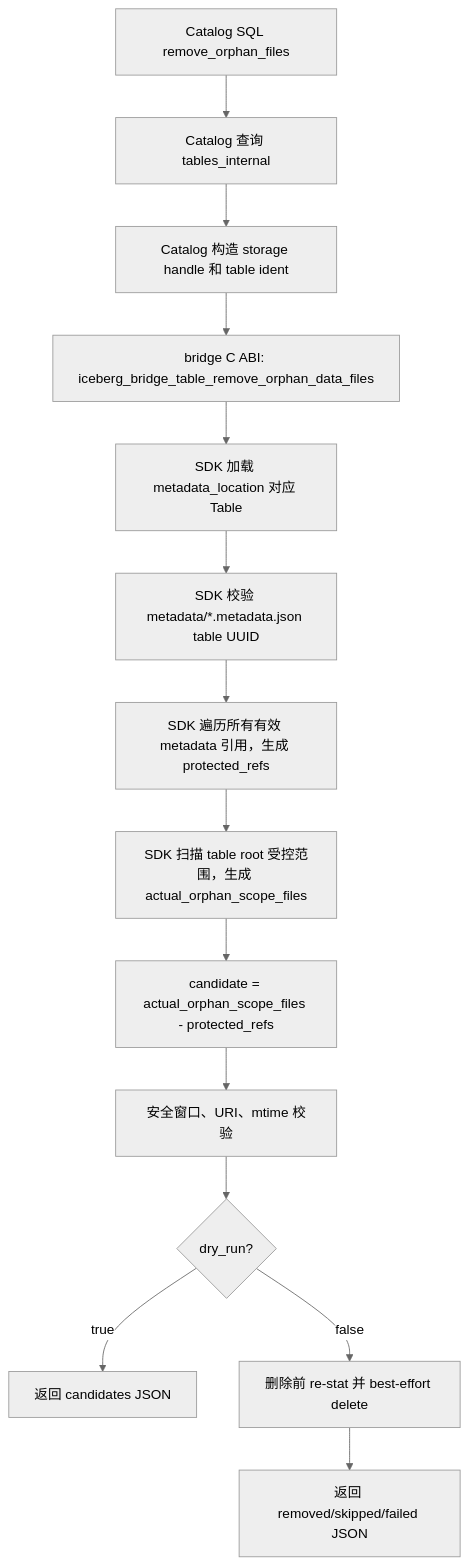
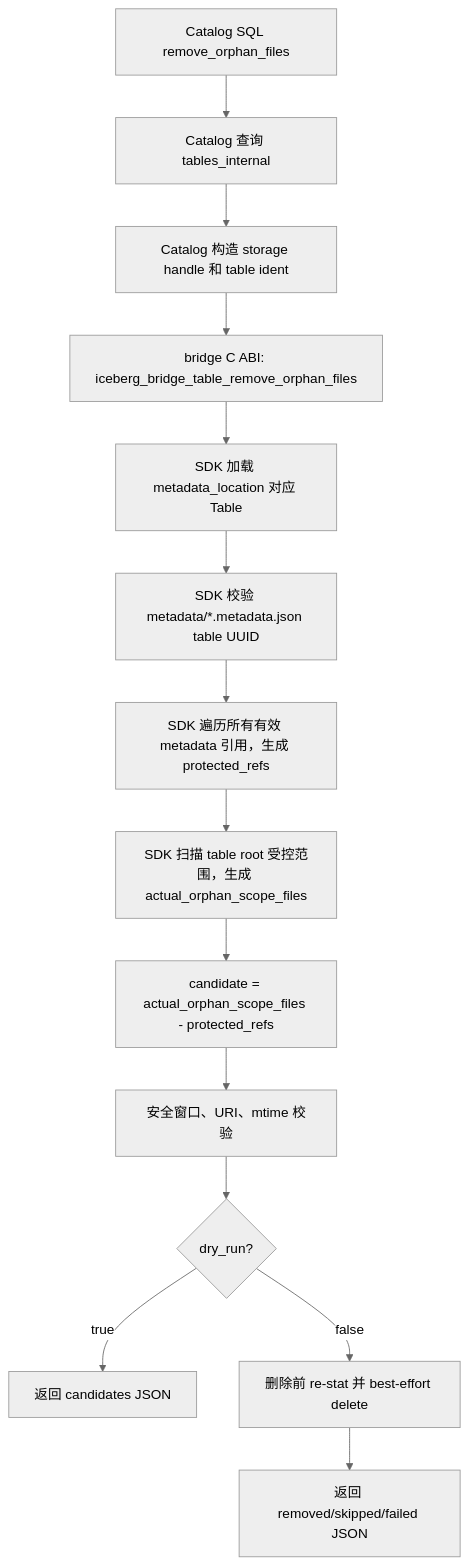
The first of 3 diagrams in design/iceberg-gc-phase1-directory-maintenance-design.md (andy123552/opengauss_iceberg_fdw), drawn with Mermaid (neutral theme) before and after one commit. The commit also changed other lines of this file, not shown here.

````diff
--- a/design/iceberg-gc-phase1-directory-maintenance-design.md
+++ b/design/iceberg-gc-phase1-directory-maintenance-design.md
@@ -326,16 +326,16 @@
 ```mermaid
 flowchart TD
   A["Catalog SQL remove_orphan_files"] --> B["Catalog 查询 tables_internal"]
   B --> C["Catalog 构造 storage handle 和 table ident"]
-  C --> D["bridge C ABI: iceberg_bridge_table_remove_orphan_data_files"]
+  C --> D["bridge C ABI: iceberg_bridge_table_remove_orphan_files"]
   D --> E["SDK 加载 metadata_location 对应 Table"]
   E --> F["SDK 校验 metadata/*.metadata.json table UUID"]
   F --> G["SDK 遍历所有有效 metadata 引用，生成 protected_refs"]
   G --> H["SDK 扫描 table root 受控范围，生成 actual_orphan_scope_files"]
   H --> I["candidate = actual_orphan_scope_files - protected_refs"]
   I --> J["安全窗口、URI、mtime 校验"]
   J --> K{"dry_run?"}
   K -- true --> L["返回 candidates JSON"]
   K -- false --> M["删除前 re-stat 并 best-effort delete"]
   M --> N["返回 removed/skipped/failed JSON"]
 ```
````
